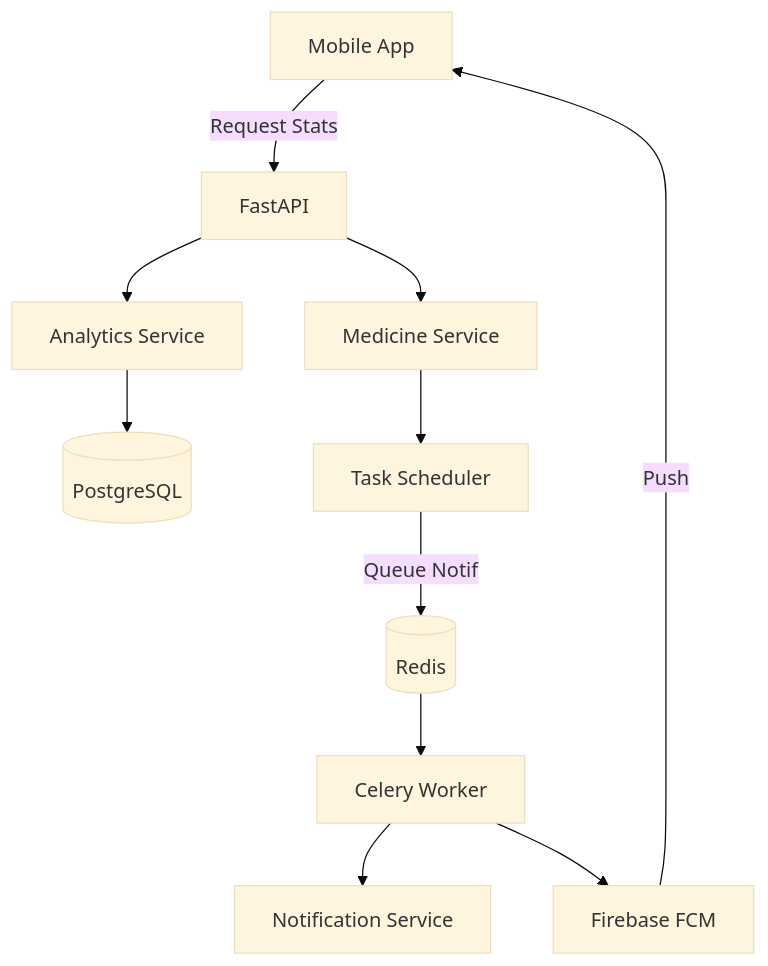
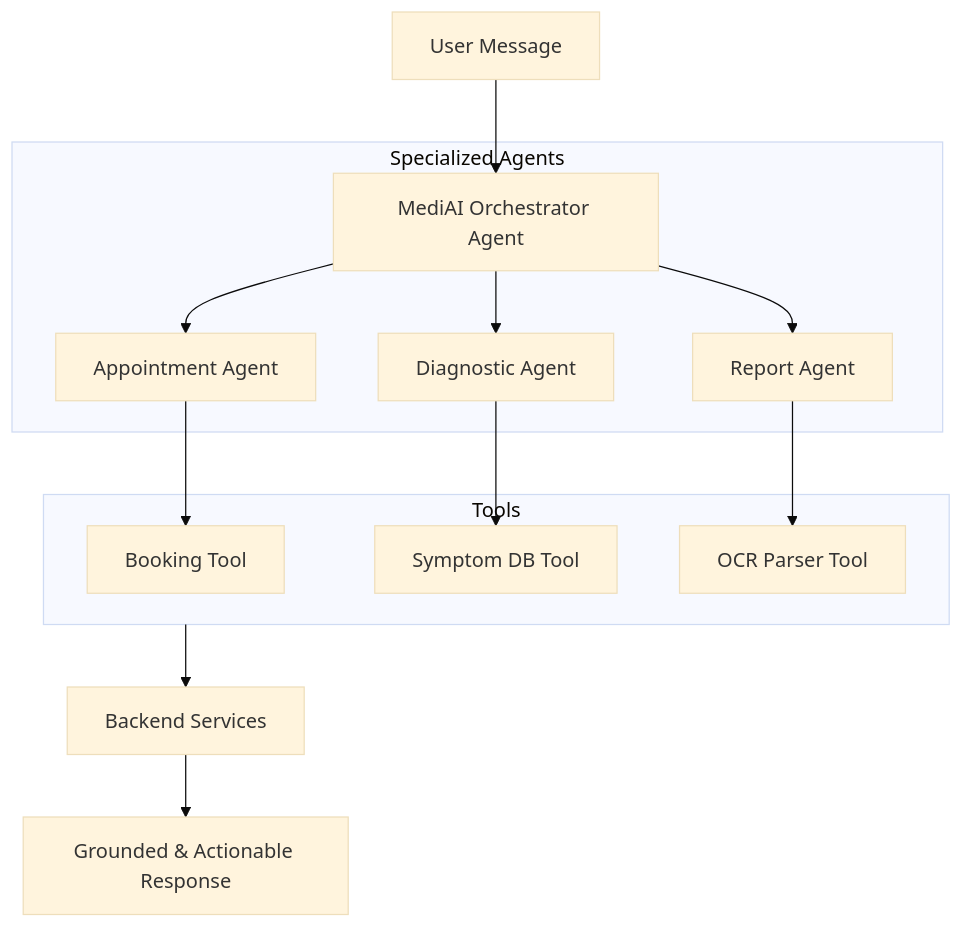
Before and after one commit to KotlinFiroj/Ai-HealthCare-App: the diagram in .artifacts/4dc8775b-7ddf-49a0-b4e6-8fda79cbdfec/implementation_plan.artifact.md, drawn with Mermaid (base theme). The commit also changed other lines of this file and 7 other files, not shown here.

Commit message:
Implement Phase 27: Specialized AI Agents & Evaluation Pipeline; transform backend into an agentic framework with dedicated agents for appointments, diagnostics, and reports; introduce function calling for autonomous tool selection; develop AI evaluation system to ensure response quality and safety.

````diff
--- a/.artifacts/4dc8775b-7ddf-49a0-b4e6-8fda79cbdfec/implementation_plan.artifact.md
+++ b/.artifacts/4dc8775b-7ddf-49a0-b4e6-8fda79cbdfec/implementation_plan.artifact.md
@@ -53,14 +47,19 @@
 ```mermaid
 graph TD
-    User[Mobile App] -->|Request Stats| API[FastAPI]
-    API --> AS[Analytics Service]
-    AS --> DB[(PostgreSQL)]
+    User[User Message] --> Orchestrator[MediAI Orchestrator Agent]
 
-    API --> MS[Medicine Service]
-    MS --> TS[Task Scheduler]
-    TS -->|Queue Notif| Redis[(Redis)]
-    Redis --> Worker[Celery Worker]
-    Worker --> NS[Notification Service]
-    Worker --> FCM[Firebase FCM]
-    FCM -->|Push| User
+    subgraph Specialized Agents
+        Orchestrator --> AA[Appointment Agent]
+        Orchestrator --> DA[Diagnostic Agent]
+        Orchestrator --> RA[Report Agent]
+    end
+
+    subgraph Tools
+        AA --> T1[Booking Tool]
+        DA --> T2[Symptom DB Tool]
+        RA --> T3[OCR Parser Tool]
+    end
+
+    Tools --> Services[Backend Services]
+    Services --> Response[Grounded & Actionable Response]
 ```
````
